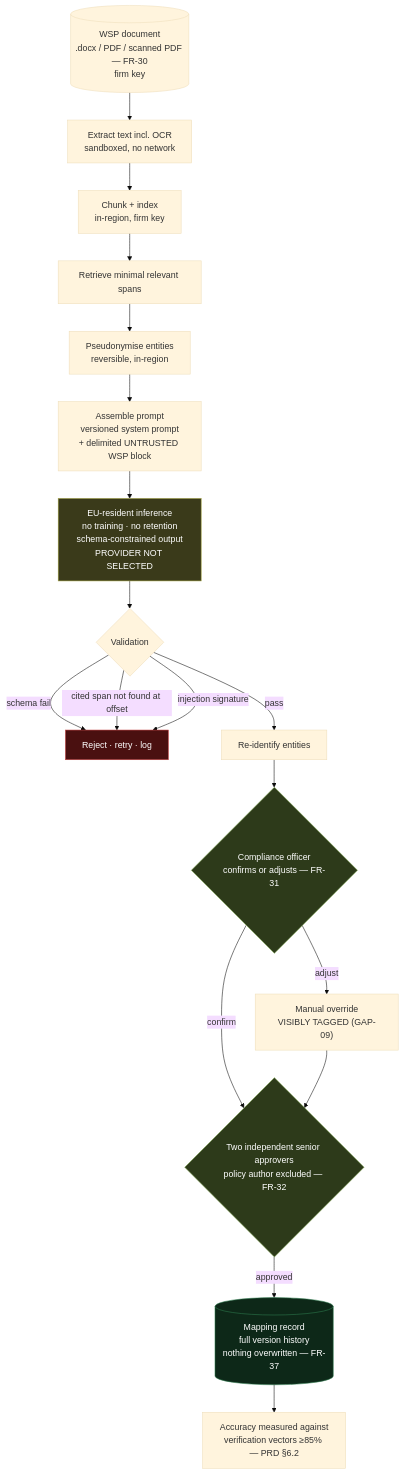
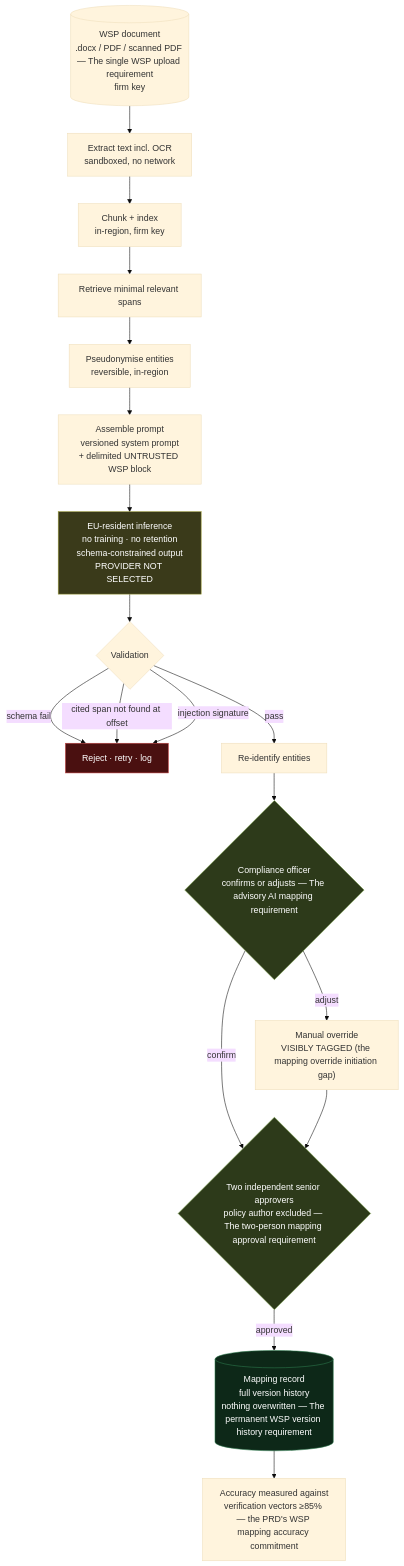
The fifth of 11 diagrams in docs/research/Data And Document Security/architecture-diagrams.md (sayone-tech/Compliance_iq_backend), drawn with Mermaid (base theme) before and after one commit. The commit also changed other lines of this file and 39 other files, not shown here.

````diff
--- a/docs/research/Data And Document Security/architecture-diagrams.md
+++ b/docs/research/Data And Document Security/architecture-diagrams.md
@@ -171,26 +171,26 @@
 ```mermaid
 flowchart TB
-    D[("WSP document<br/>.docx / PDF / scanned PDF — FR-30<br/>firm key")] --> EX["Extract text incl. OCR<br/>sandboxed, no network"]
+    D[("WSP document<br/>.docx / PDF / scanned PDF — The single WSP upload requirement<br/>firm key")] --> EX["Extract text incl. OCR<br/>sandboxed, no network"]
     EX --> CH["Chunk + index<br/>in-region, firm key"]
     CH --> RT["Retrieve minimal relevant spans"]
     RT --> PS["Pseudonymise entities<br/>reversible, in-region"]
     PS --> PA["Assemble prompt<br/>versioned system prompt<br/>+ delimited UNTRUSTED WSP block"]
     PA --> BR["EU-resident inference<br/>no training · no retention<br/>schema-constrained output<br/>PROVIDER NOT SELECTED"]
     BR --> V{"Validation"}
     V -->|"schema fail"| RJ["Reject · retry · log"]
     V -->|"cited span not found at offset"| RJ
     V -->|"injection signature"| RJ
     V -->|pass| RI["Re-identify entities"]
-    RI --> HR{"Compliance officer<br/>confirms or adjusts — FR-31"}
-    HR -->|adjust| OVR["Manual override<br/>VISIBLY TAGGED (GAP-09)"]
-    HR -->|confirm| TP{"Two independent senior approvers<br/>policy author excluded — FR-32"}
+    RI --> HR{"Compliance officer<br/>confirms or adjusts — The advisory AI mapping requirement"}
+    HR -->|adjust| OVR["Manual override<br/>VISIBLY TAGGED (the mapping override initiation gap)"]
+    HR -->|confirm| TP{"Two independent senior approvers<br/>policy author excluded — The two-person mapping approval requirement"}
     OVR --> TP
-    TP -->|approved| MAP[("Mapping record<br/>full version history<br/>nothing overwritten — FR-37")]
-    MAP --> ACC["Accuracy measured against<br/>verification vectors ≥85% — PRD §6.2"]
+    TP -->|approved| MAP[("Mapping record<br/>full version history<br/>nothing overwritten — The permanent WSP version history requirement")]
+    MAP --> ACC["Accuracy measured against<br/>verification vectors ≥85% — the PRD's WSP mapping accuracy commitment"]
 
     style BR fill:#3a3a1a,stroke:#a0a040,color:#fff
     style HR fill:#2d3a1a,stroke:#7aa04a,color:#fff
     style TP fill:#2d3a1a,stroke:#7aa04a,color:#fff
     style MAP fill:#0d2818,stroke:#2e7d4f,color:#fff
     style RJ fill:#4a1010,stroke:#c04040,color:#fff
 ```
````
